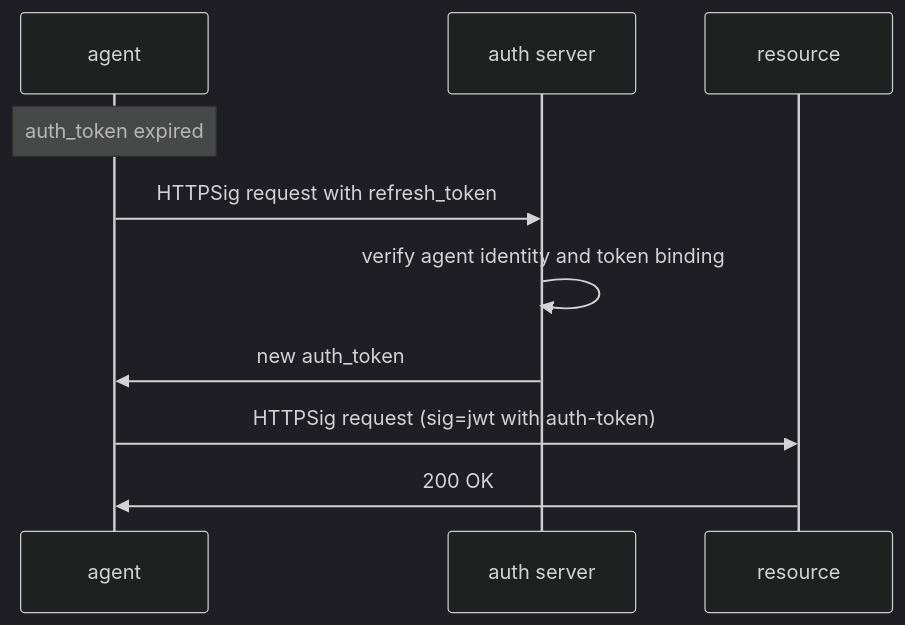
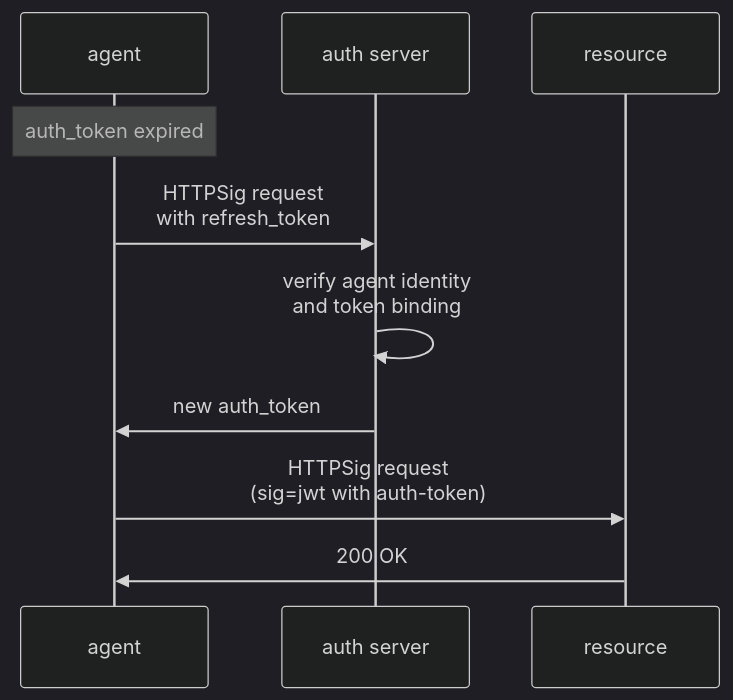
The sixth of 9 diagrams in README.md (dickhardt/agent-auth), drawn with Mermaid (dark theme) before and after one commit. The commit also changed other lines of this file, not shown here.

First line of the commit message:
Add line breaks to all mermaid diagrams for better readability

````diff
--- a/README.md
+++ b/README.md
@@ -276,15 +276,15 @@
 ```mermaid
 sequenceDiagram
     participant Agent as agent
     participant Auth as auth server
     participant Resource as resource
 
     Note over Agent: auth_token expired
 
-    Agent->>Auth: HTTPSig request with refresh_token
-    Auth->>Auth: verify agent identity and token binding
+    Agent->>Auth: HTTPSig request<br/>with refresh_token
+    Auth->>Auth: verify agent identity<br/>and token binding
     Auth->>Agent: new auth_token
 
-    Agent->>Resource: HTTPSig request (sig=jwt with auth-token)
+    Agent->>Resource: HTTPSig request<br/>(sig=jwt with auth-token)
     Resource->>Agent: 200 OK
 ```
````
